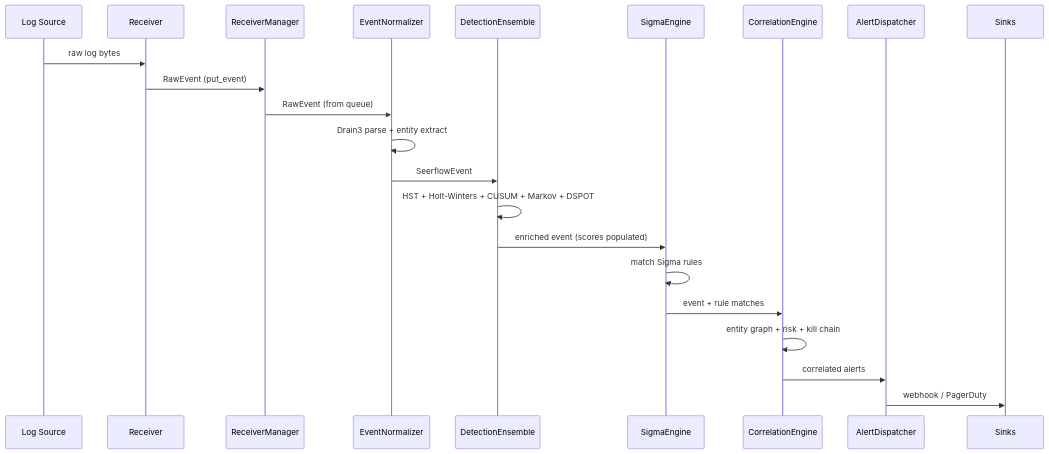
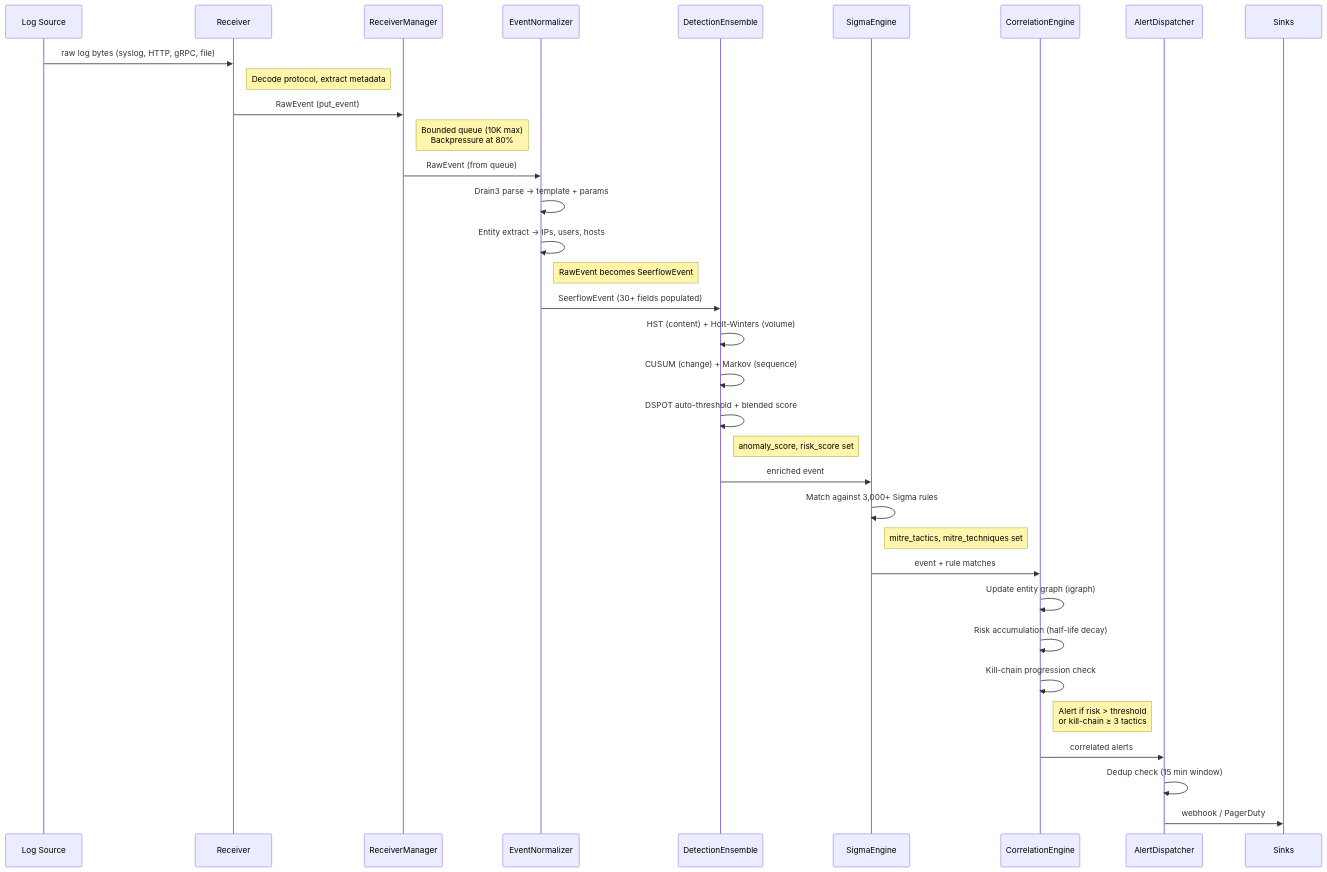
The diagram in docs/architecture/pipeline.md (seerflow/seerflow-guide), drawn with Mermaid before and after one commit. The commit also changed other lines of this file, not shown here.

Commit message:
docs: expand Event Lifecycle with annotated sequence diagram and step-by-step walkthrough

````diff
--- a/docs/architecture/pipeline.md
+++ b/docs/architecture/pipeline.md
@@ -29,25 +29,37 @@
 ```mermaid
 sequenceDiagram
     participant LS as Log Source
     participant R as Receiver
     participant RM as ReceiverManager
     participant N as EventNormalizer
     participant DE as DetectionEnsemble
     participant SE as SigmaEngine
     participant CE as CorrelationEngine
     participant AD as AlertDispatcher
     participant S as Sinks
 
-    LS->>R: raw log bytes
+    LS->>R: raw log bytes (syslog, HTTP, gRPC, file)
+    Note right of R: Decode protocol, extract metadata
     R->>RM: RawEvent (put_event)
+    Note right of RM: Bounded queue (10K max)<br/>Backpressure at 80%
     RM->>N: RawEvent (from queue)
-    N->>N: Drain3 parse + entity extract
-    N->>DE: SeerflowEvent
-    DE->>DE: HST + Holt-Winters + CUSUM + Markov + DSPOT
-    DE->>SE: enriched event (scores populated)
-    SE->>SE: match Sigma rules
+    N->>N: Drain3 parse → template + params
+    N->>N: Entity extract → IPs, users, hosts
+    Note right of N: RawEvent becomes SeerflowEvent
+    N->>DE: SeerflowEvent (30+ fields populated)
+    DE->>DE: HST (content) + Holt-Winters (volume)
+    DE->>DE: CUSUM (change) + Markov (sequence)
+    DE->>DE: DSPOT auto-threshold + blended score
+    Note right of DE: anomaly_score, risk_score set
+    DE->>SE: enriched event
+    SE->>SE: Match against 3,000+ Sigma rules
+    Note right of SE: mitre_tactics, mitre_techniques set
     SE->>CE: event + rule matches
-    CE->>CE: entity graph + risk + kill chain
+    CE->>CE: Update entity graph (igraph)
+    CE->>CE: Risk accumulation (half-life decay)
+    CE->>CE: Kill-chain progression check
+    Note right of CE: Alert if risk > threshold<br/>or kill-chain ≥ 3 tactics
     CE->>AD: correlated alerts
+    AD->>AD: Dedup check (15 min window)
     AD->>S: webhook / PagerDuty
 ```
````
